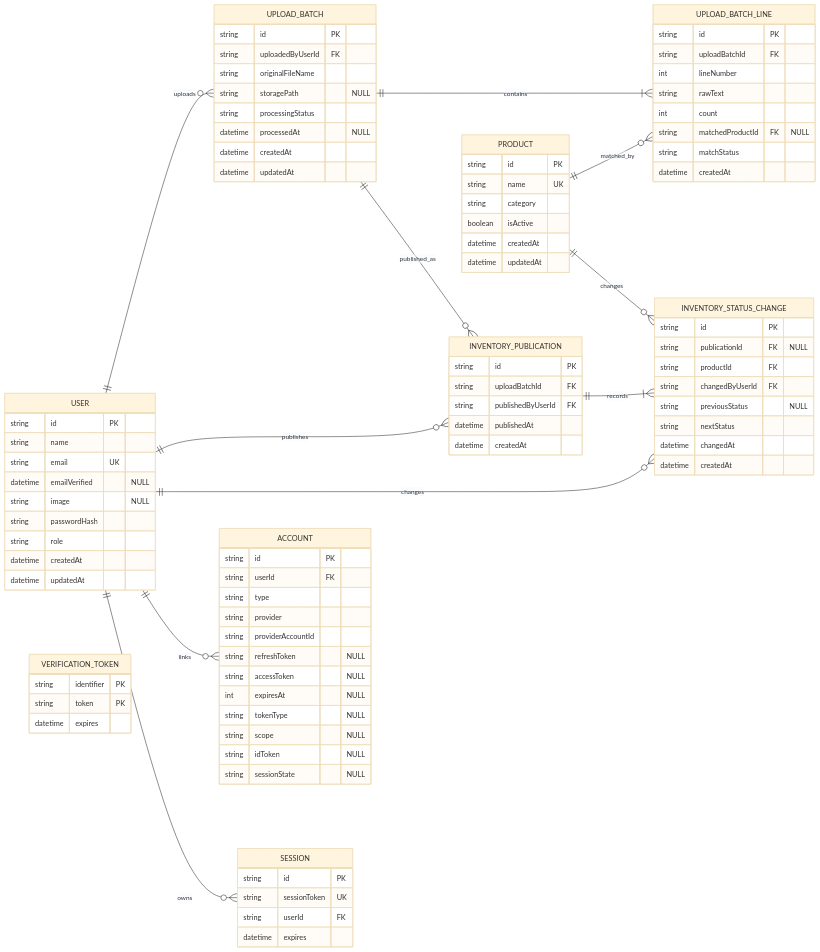
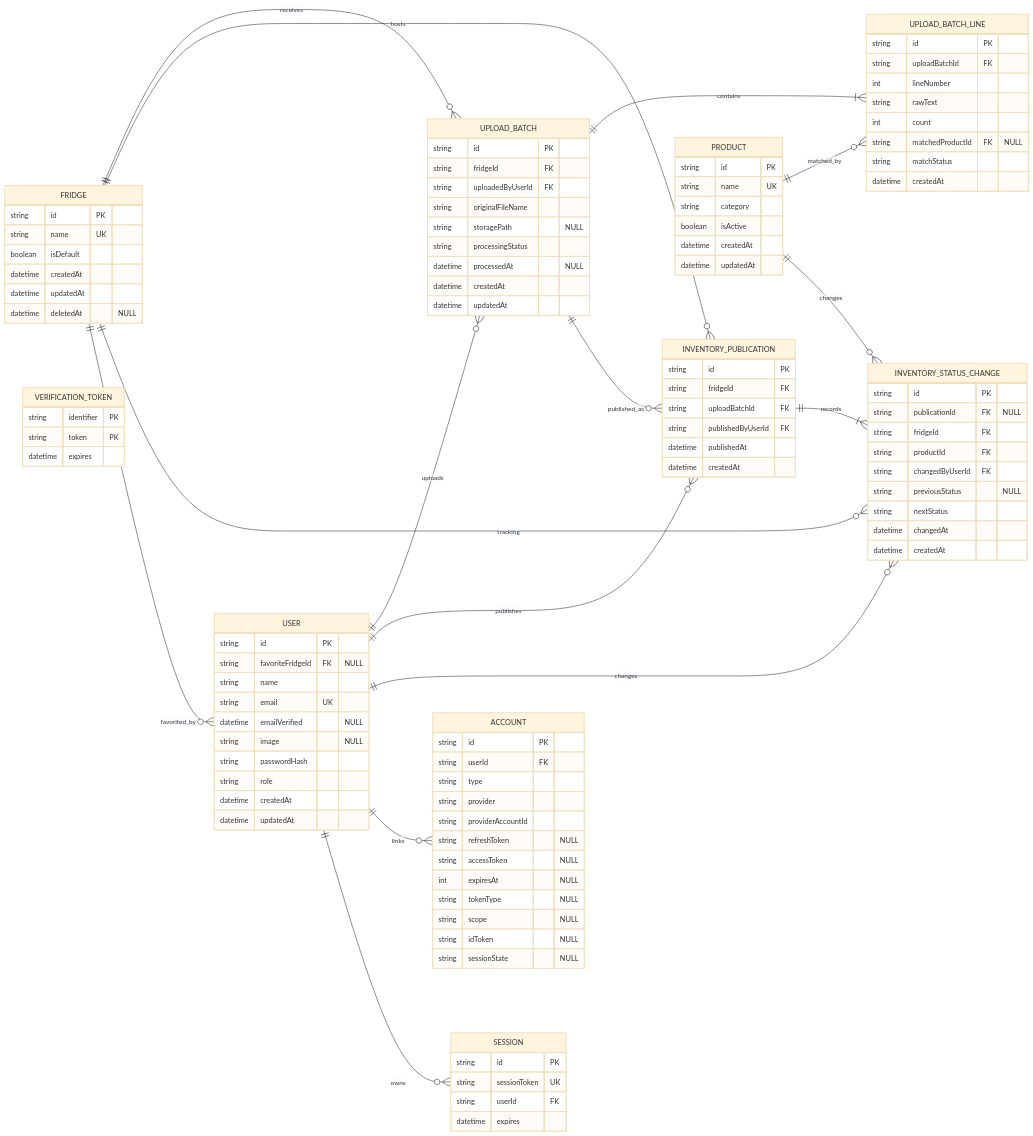
The diagram in docs/architecture/data_model.md (KotaOgawa221015/pan-for-play), drawn with Mermaid (base theme) before and after one commit. The commit also changed other lines of this file, not shown here.

First line of the commit message:
Doc/add fridge model (#205)

```diff
--- a/docs/architecture/data_model.md
+++ b/docs/architecture/data_model.md
@@ -18,12 +19,26 @@
     USER ||--o{ ACCOUNT : links
     USER ||--o{ SESSION : owns
 
+    FRIDGE ||--o{ UPLOAD_BATCH : receives
+    FRIDGE ||--o{ INVENTORY_PUBLICATION : hosts
+    FRIDGE ||--o{ INVENTORY_STATUS_CHANGE : tracking
+    FRIDGE ||--o{ USER : favorited_by
+
     PRODUCT ||--o{ UPLOAD_BATCH_LINE : matched_by
     PRODUCT ||--o{ INVENTORY_STATUS_CHANGE : changes
 
     UPLOAD_BATCH ||--|{ UPLOAD_BATCH_LINE : contains
     UPLOAD_BATCH ||--o{ INVENTORY_PUBLICATION : published_as
     INVENTORY_PUBLICATION ||--|{ INVENTORY_STATUS_CHANGE : records
+
+    FRIDGE {
+        string id PK
+        string name UK
+        boolean isDefault
+        datetime createdAt
+        datetime updatedAt
+        datetime deletedAt "NULL"
+    }
 
     PRODUCT {
         string id PK
@@ -36,6 +51,7 @@
 
     USER {
         string id PK
+        string favoriteFridgeId FK "NULL"
         string name
         string email UK
         datetime emailVerified "NULL"
@@ -76,6 +92,7 @@
 
     UPLOAD_BATCH {
         string id PK
+        string fridgeId FK
         string uploadedByUserId FK
         string originalFileName
         string storagePath "NULL"
@@ -98,6 +115,7 @@
 
     INVENTORY_PUBLICATION {
         string id PK
+        string fridgeId FK
         string uploadBatchId FK
         string publishedByUserId FK
         datetime publishedAt
@@ -107,6 +125,7 @@
     INVENTORY_STATUS_CHANGE {
         string id PK
         string publicationId FK "NULL"
+        string fridgeId FK
         string productId FK
         string changedByUserId FK
         string previousStatus "NULL"
```
